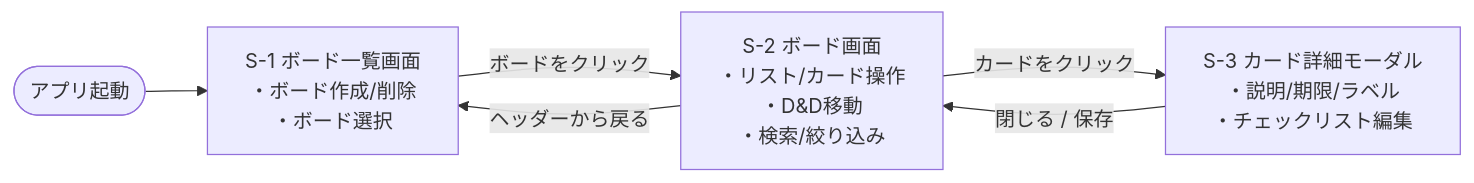
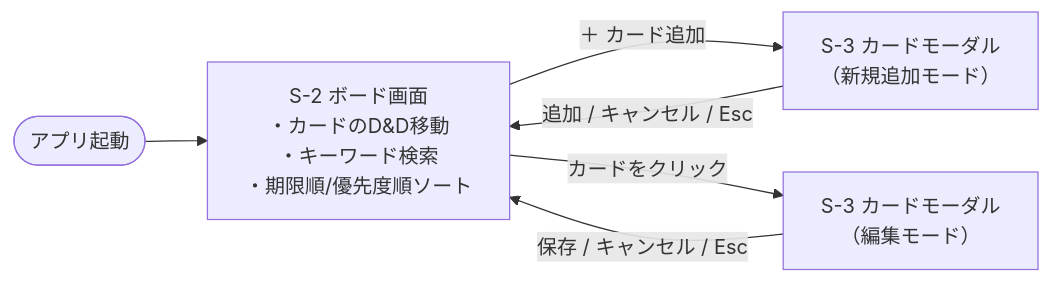
Before and after one commit to masato-N918/raisetech_ai: the diagram in docs/画面設計書.md, drawn with Mermaid. The commit also changed other lines of this file and 5 other files, not shown here.

````diff
--- a/docs/画面設計書.md
+++ b/docs/画面設計書.md
@@ -15,13 +16,13 @@
 ```mermaid
 flowchart LR
-    start([アプリ起動]) --> S1
+    start([アプリ起動]) --> S2
 
-    S1["S-1 ボード一覧画面<br/>・ボード作成/削除<br/>・ボード選択"]
-    S2["S-2 ボード画面<br/>・リスト/カード操作<br/>・D&D移動<br/>・検索/絞り込み"]
-    S3["S-3 カード詳細モーダル<br/>・説明/期限/ラベル<br/>・チェックリスト編集"]
+    S2["S-2 ボード画面<br/>・カードのD&D移動<br/>・キーワード検索<br/>・期限順/優先度順ソート"]
+    S3a["S-3 カードモーダル<br/>（新規追加モード）"]
+    S3b["S-3 カードモーダル<br/>（編集モード）"]
 
-    S1 -->|ボードをクリック| S2
-    S2 -->|ヘッダーから戻る| S1
-    S2 -->|カードをクリック| S3
-    S3 -->|閉じる / 保存| S2
+    S2 -->|＋ カード追加| S3a
+    S2 -->|カードをクリック| S3b
+    S3a -->|追加 / キャンセル / Esc| S2
+    S3b -->|保存 / キャンセル / Esc| S2
 ```
````
